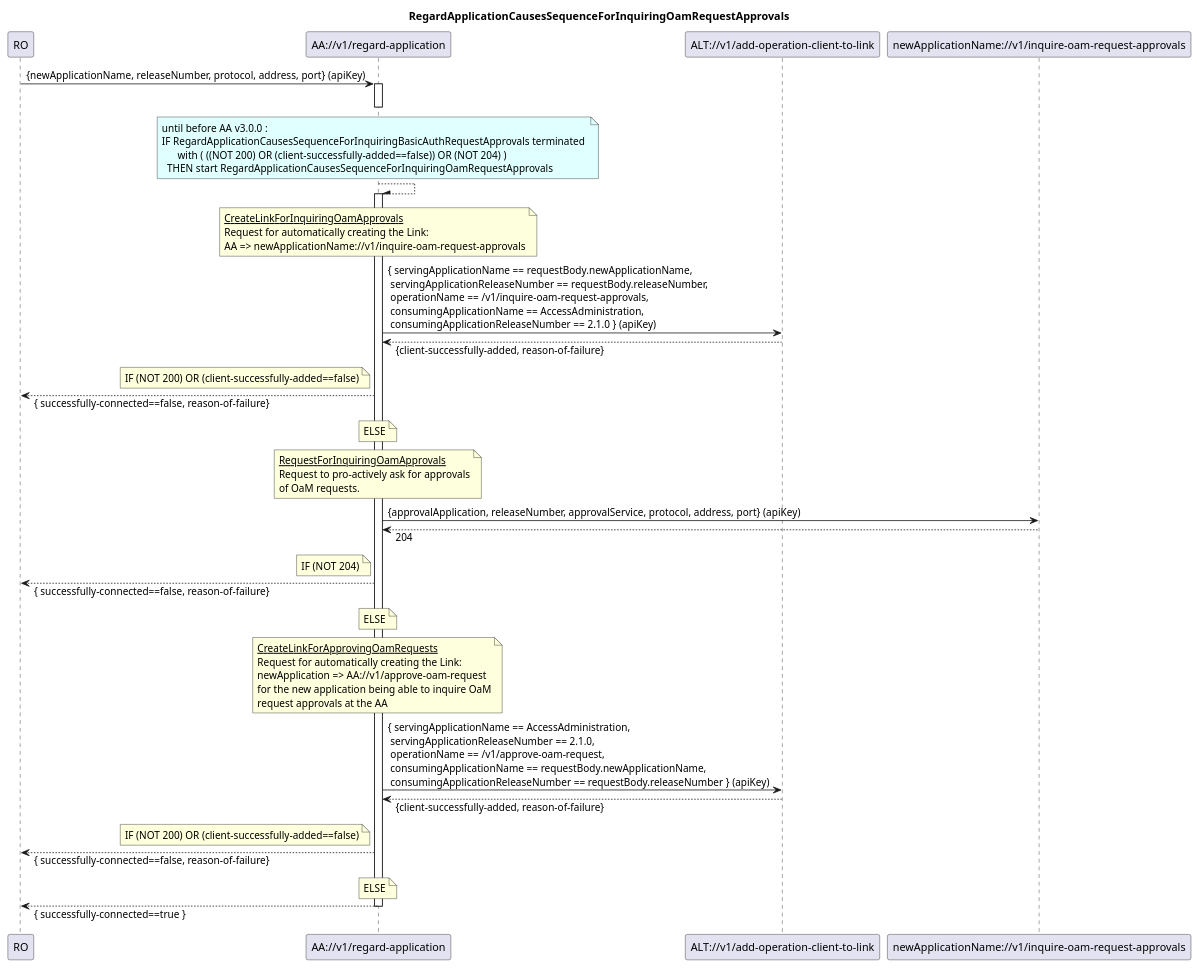
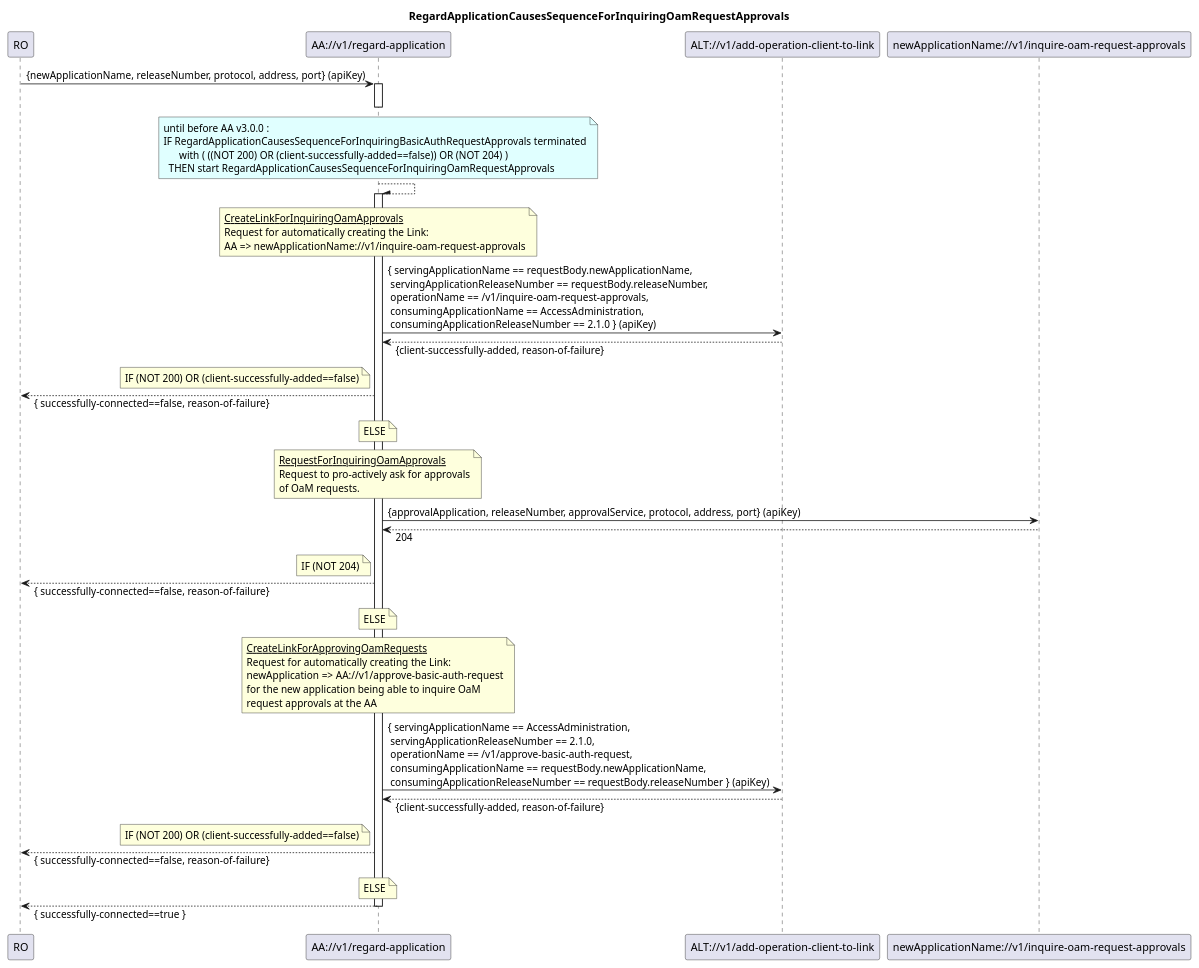
Before and after one commit to openBackhaul/AdministratorAdministration: the diagram in spec/diagrams/is002_regardApplicationCausesOamSequence.plantuml, drawn with PlantUML. The commit also changed 18 other files, not shown here.

```diff
--- a/spec/diagrams/is002_regardApplicationCausesOamSequence.plantuml
+++ b/spec/diagrams/is002_regardApplicationCausesOamSequence.plantuml
@@ -1,81 +1,81 @@
 @startuml is002_regardApplicationCausesOamSequence
 skinparam responseMessageBelowArrow true
 
 title
 RegardApplicationCausesSequenceForInquiringOamRequestApprovals
 end title
 
 participant "RO" as ro
 participant "AA://v1/regard-application" as aa
 participant "ALT://v1/add-operation-client-to-link" as alt
 participant "newApplicationName://v1/inquire-oam-request-approvals" as newApplicationOam
 
 ro -> aa : {newApplicationName, releaseNumber, protocol, address, port} (apiKey)
 activate aa
 deactivate aa
 
 note over aa #LightCyan
-until before AA v3.0.0 : 
-IF RegardApplicationCausesSequenceForInquiringBasicAuthRequestApprovals terminated 
+until before AA v3.0.0 :
+IF RegardApplicationCausesSequenceForInquiringBasicAuthRequestApprovals terminated
       with ( ((NOT 200) OR (client-successfully-added==false)) OR (NOT 204) )
   THEN start RegardApplicationCausesSequenceForInquiringOamRequestApprovals
 end note
 aa --\ aa
 
 activate aa
 note over aa
 <u>CreateLinkForInquiringOamApprovals</u>
 Request for automatically creating the Link:
 AA => newApplicationName://v1/inquire-oam-request-approvals
 end note
 aa -> alt : { servingApplicationName == requestBody.newApplicationName,\n servingApplicationReleaseNumber == requestBody.releaseNumber,\n operationName == /v1/inquire-oam-request-approvals,\n consumingApplicationName == AccessAdministration,\n consumingApplicationReleaseNumber == 2.1.0 } (apiKey)
 aa <-- alt : {client-successfully-added, reason-of-failure}
 
 note left aa
 IF (NOT 200) OR (client-successfully-added==false)
 end note
 ro <-- aa : { successfully-connected==false, reason-of-failure}
 
 note over aa
 ELSE
 end note
 
 note over aa
 <u>RequestForInquiringOamApprovals</u>
 Request to pro-actively ask for approvals
 of OaM requests.
 end note
 aa -> newApplicationOam : {approvalApplication, releaseNumber, approvalService, protocol, address, port} (apiKey)
 aa <-- newApplicationOam : 204
 
 note left aa
 IF (NOT 204)
 end note
 ro <-- aa : { successfully-connected==false, reason-of-failure}
 note over aa
 ELSE
 end note
 
 note over aa
 <u>CreateLinkForApprovingOamRequests</u>
 Request for automatically creating the Link:
-newApplication => AA://v1/approve-oam-request
+newApplication => AA://v1/approve-basic-auth-request
 for the new application being able to inquire OaM
 request approvals at the AA
 end note
-aa -> alt : { servingApplicationName == AccessAdministration,\n servingApplicationReleaseNumber == 2.1.0,\n operationName == /v1/approve-oam-request,\n consumingApplicationName == requestBody.newApplicationName,\n consumingApplicationReleaseNumber == requestBody.releaseNumber } (apiKey)
+aa -> alt : { servingApplicationName == AccessAdministration,\n servingApplicationReleaseNumber == 2.1.0,\n operationName == /v1/approve-basic-auth-request,\n consumingApplicationName == requestBody.newApplicationName,\n consumingApplicationReleaseNumber == requestBody.releaseNumber } (apiKey)
 aa <-- alt : {client-successfully-added, reason-of-failure}
 
 note left aa
 IF (NOT 200) OR (client-successfully-added==false)
 end note
 ro <-- aa : { successfully-connected==false, reason-of-failure}
 
 note over aa
 ELSE
 end note
 ro <-- aa : { successfully-connected==true }
 
 deactivate aa
 
 @enduml
```
